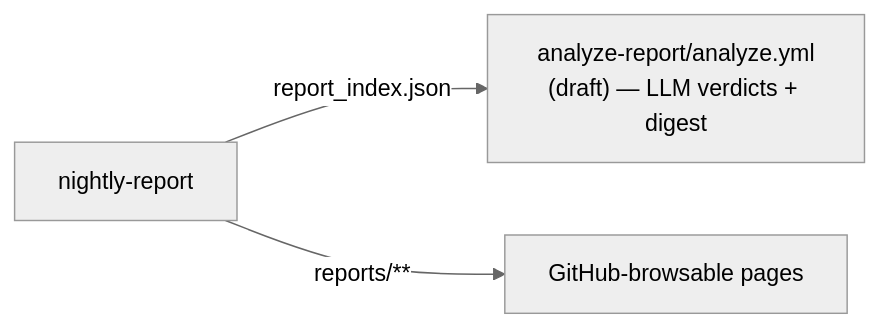
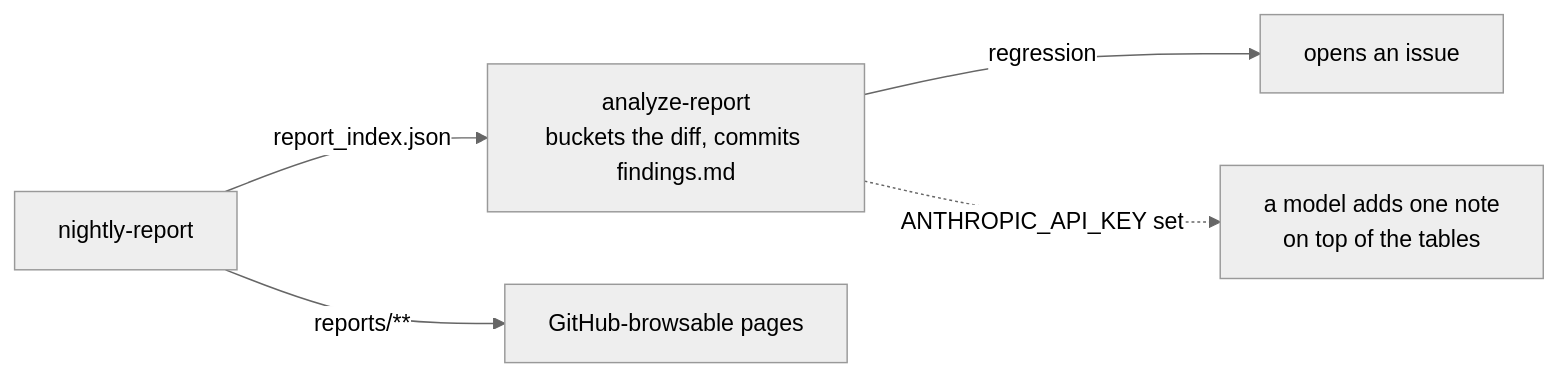
Before and after one commit to tenstorrent/tt-eltwise-accuracy-report: the third of 3 diagrams in .github/workflows/README.md, drawn with Mermaid (neutral theme). The commit also changed other lines of this file and 5 other files, not shown here.

Commit message:
fix: the nightly times the build it measured and commits ask.md

````diff
--- a/.github/workflows/README.md
+++ b/.github/workflows/README.md
@@ -40,5 +49,7 @@
 ```mermaid
 flowchart LR
-    N["nightly-report"] -->|report_index.json| A["analyze-report/analyze.yml<br/>(draft) — LLM verdicts + digest"]
+    N["nightly-report"] -->|report_index.json| A["analyze-report<br/>buckets the diff, commits findings.md"]
+    A -->|regression| I["opens an issue"]
+    A -.->|ANTHROPIC_API_KEY set| M["a model adds one note<br/>on top of the tables"]
     N -->|reports/**| G["GitHub-browsable pages"]
 ```
````
